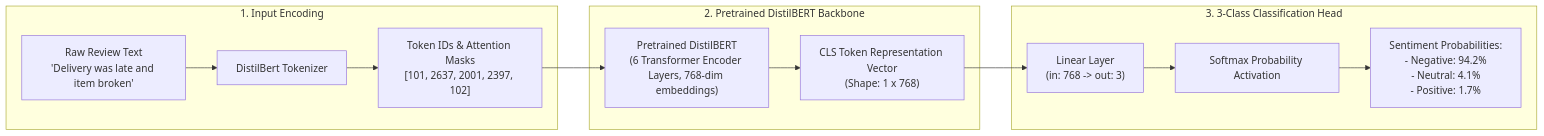
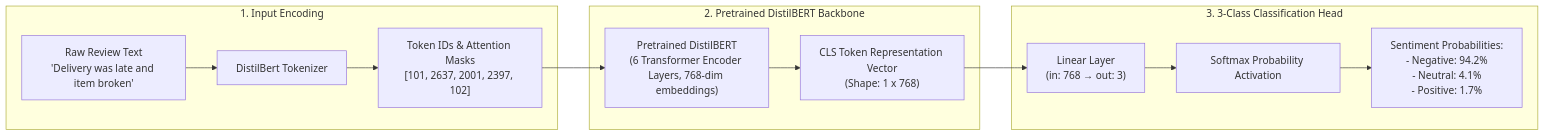
One commit to ndk123-web/intelligent-review-router changed the second of 3 diagrams in README.md. Above: the diagram before and after it, drawn with Mermaid. The commit also changed other lines of this file, not shown here.

Commit message:
docs: update mermaid diagram node labels and line breaks in README

````diff
--- a/README.md
+++ b/README.md
@@ -46,18 +46,18 @@
 ```mermaid
 flowchart LR
     subgraph Input_Stage ["1. Input Encoding"]
-        T["Raw Review Text\n'Delivery was late and item broken'"] --> Tok["DistilBert Tokenizer"]
-        Tok --> ID["Token IDs & Attention Masks\n[101, 2637, 2001, 2397, 102]"]
+        T["Raw Review Text<br/>'Delivery was late and item broken'"] --> Tok["DistilBert Tokenizer"]
+        Tok --> ID["Token IDs & Attention Masks<br/>[101, 2637, 2001, 2397, 102]"]
     end
 
     subgraph Backbone_Stage ["2. Pretrained DistilBERT Backbone"]
-        ID --> DB["Pretrained DistilBERT\n(6 Transformer Encoder Layers, 768-dim embeddings)"]
-        DB --> CLS["CLS Token Representation Vector\n(Shape: 1 x 768)"]
+        ID --> DB["Pretrained DistilBERT<br/>(6 Transformer Encoder Layers, 768-dim embeddings)"]
+        DB --> CLS["CLS Token Representation Vector<br/>(Shape: 1 x 768)"]
     end
 
     subgraph Head_Stage ["3. 3-Class Classification Head"]
-        CLS --> Dense["Linear Layer\n(in: 768 -> out: 3)"]
+        CLS --> Dense["Linear Layer<br/>(in: 768 → out: 3)"]
         Dense --> Softmax["Softmax Probability Activation"]
-        Softmax --> Out["Sentiment Probabilities:\n- Negative: 94.2%\n- Neutral: 4.1%\n- Positive: 1.7%"]
+        Softmax --> Out["Sentiment Probabilities:<br/>- Negative: 94.2%<br/>- Neutral: 4.1%<br/>- Positive: 1.7%"]
     end
 ```
````
